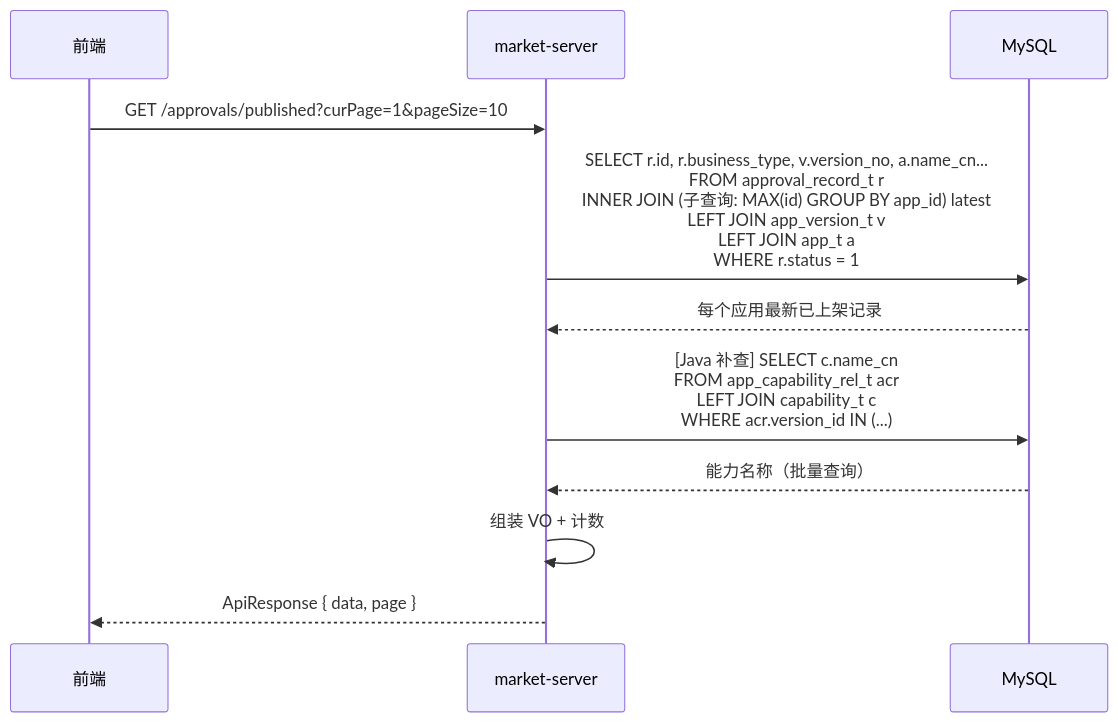
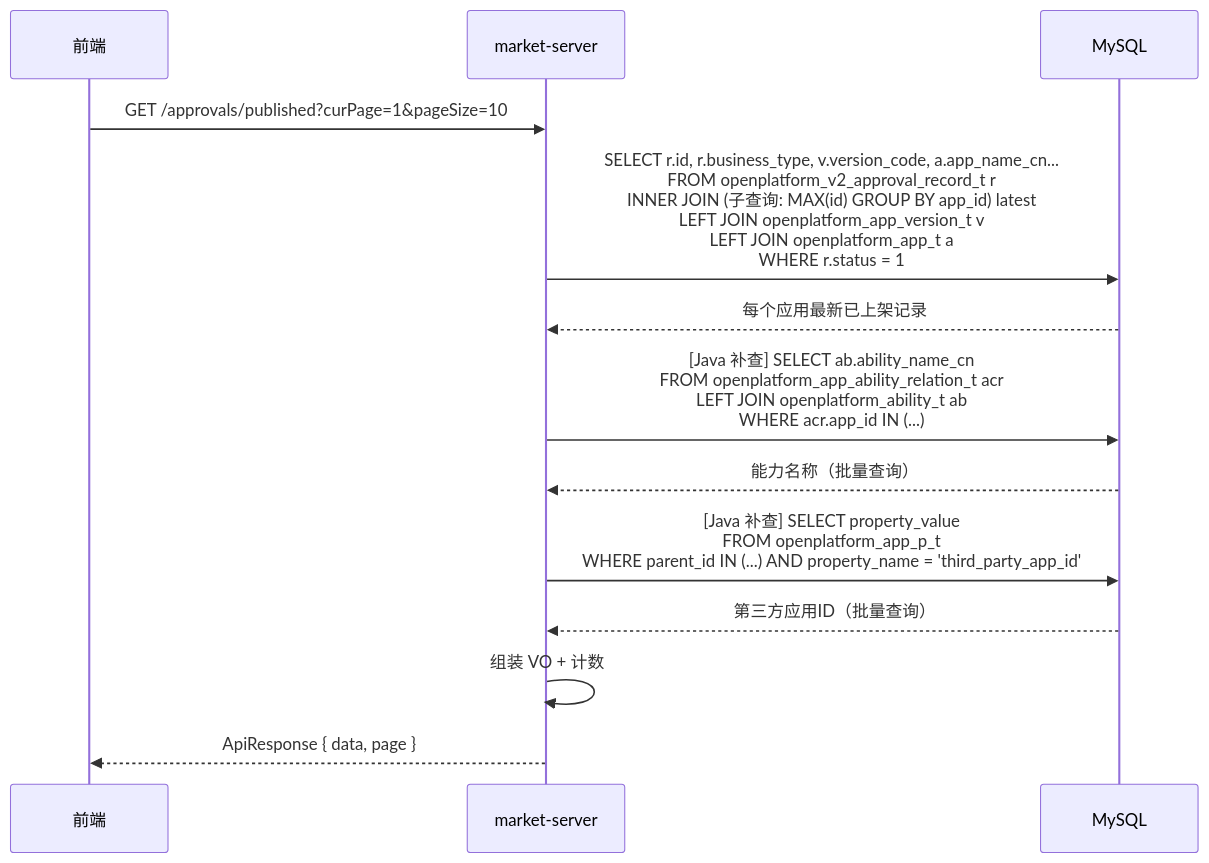
Before and after one commit to THZSummer/open-app: the fifth of 7 diagrams in docs/market-server/approval-management-requirement.md, drawn with Mermaid. The commit also changed other lines of this file and 2 other files, not shown here.

````diff
--- a/docs/market-server/approval-management-requirement.md
+++ b/docs/market-server/approval-management-requirement.md
@@ -441,14 +444,16 @@
 ```mermaid
 sequenceDiagram
     participant FE as 前端
     participant MS as market-server
     participant DB as MySQL
 
     FE->>MS: GET /approvals/published?curPage=1&pageSize=10
-    MS->>DB: SELECT r.id, r.business_type, v.version_no, a.name_cn...<br/>FROM approval_record_t r<br/>INNER JOIN (子查询: MAX(id) GROUP BY app_id) latest<br/>LEFT JOIN app_version_t v<br/>LEFT JOIN app_t a<br/>WHERE r.status = 1
+    MS->>DB: SELECT r.id, r.business_type, v.version_code, a.app_name_cn...<br/>FROM openplatform_v2_approval_record_t r<br/>INNER JOIN (子查询: MAX(id) GROUP BY app_id) latest<br/>LEFT JOIN openplatform_app_version_t v<br/>LEFT JOIN openplatform_app_t a<br/>WHERE r.status = 1
     DB-->>MS: 每个应用最新已上架记录
-    MS->>DB: [Java 补查] SELECT c.name_cn<br/>FROM app_capability_rel_t acr<br/>LEFT JOIN capability_t c<br/>WHERE acr.version_id IN (...)
+    MS->>DB: [Java 补查] SELECT ab.ability_name_cn<br/>FROM openplatform_app_ability_relation_t acr<br/>LEFT JOIN openplatform_ability_t ab<br/>WHERE acr.app_id IN (...)
     DB-->>MS: 能力名称（批量查询）
+    MS->>DB: [Java 补查] SELECT property_value<br/>FROM openplatform_app_p_t<br/>WHERE parent_id IN (...) AND property_name = 'third_party_app_id'
+    DB-->>MS: 第三方应用ID（批量查询）
     MS->>MS: 组装 VO + 计数
     MS-->>FE: ApiResponse { data, page }
 ```
````
